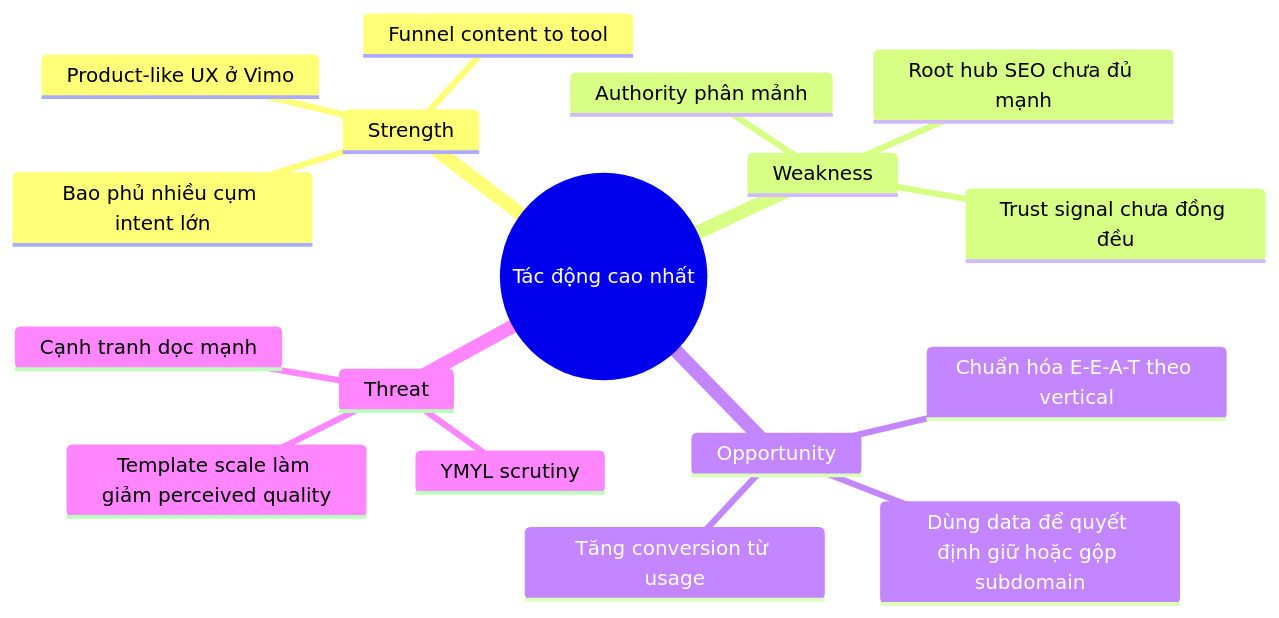
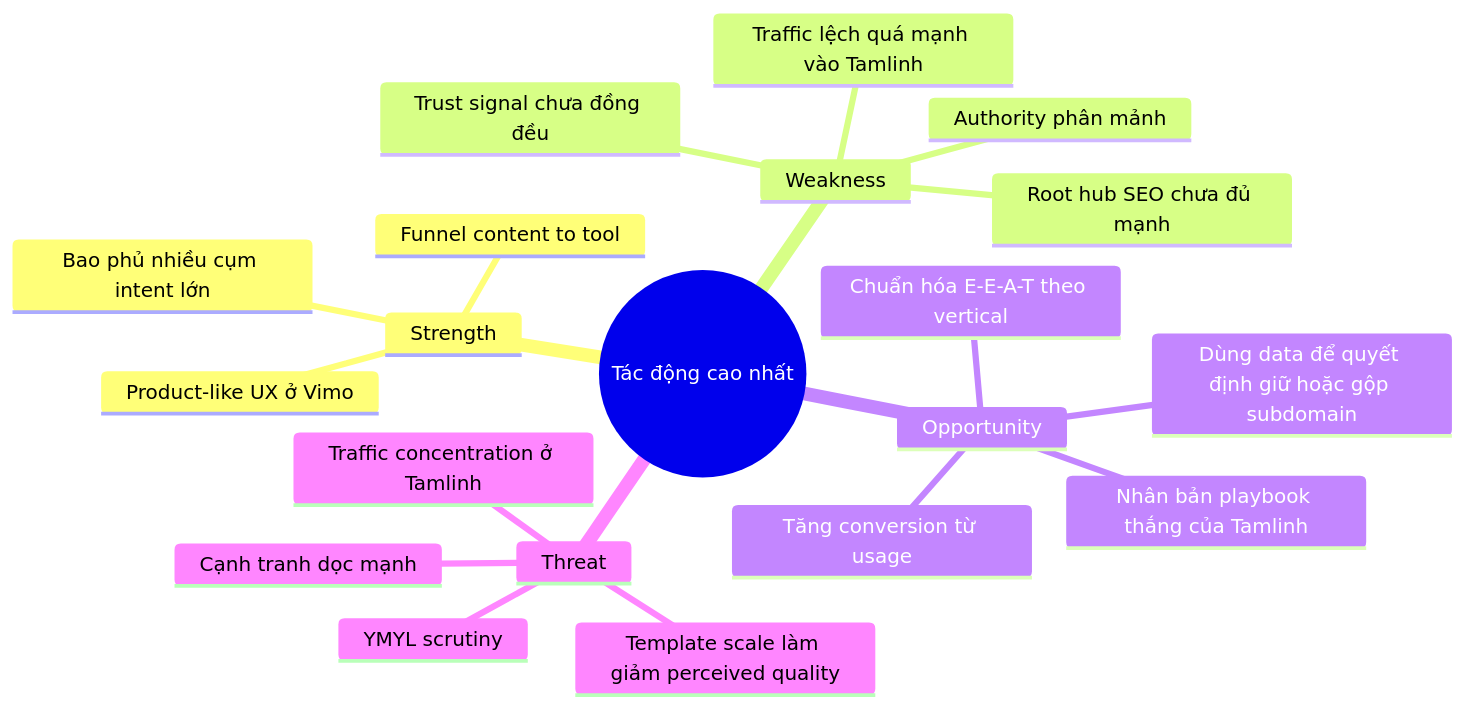
One commit to ThanaLamth/rewrite-and-improve changed the third of 3 diagrams in cuthongthai_swot_analysis_2026-06-10.vi.md. Above: the diagram before and after it, drawn with Mermaid. The commit also changed other lines of this file, not shown here.

Commit message:
Add organic pages concentration findings to Cuthongthai SWOT

````diff
--- a/cuthongthai_swot_analysis_2026-06-10.vi.md
+++ b/cuthongthai_swot_analysis_2026-06-10.vi.md
@@ -654,20 +799,23 @@
 ```mermaid
 mindmap
   root((Tác động cao nhất))
     Strength
       Funnel content to tool
       Product-like UX ở Vimo
       Bao phủ nhiều cụm intent lớn
     Weakness
       Authority phân mảnh
+      Traffic lệch quá mạnh vào Tamlinh
       Trust signal chưa đồng đều
       Root hub SEO chưa đủ mạnh
     Opportunity
       Chuẩn hóa E-E-A-T theo vertical
+      Nhân bản playbook thắng của Tamlinh
       Dùng data để quyết định giữ hoặc gộp subdomain
       Tăng conversion từ usage
     Threat
       YMYL scrutiny
+      Traffic concentration ở Tamlinh
       Template scale làm giảm perceived quality
       Cạnh tranh dọc mạnh
 ```
````
